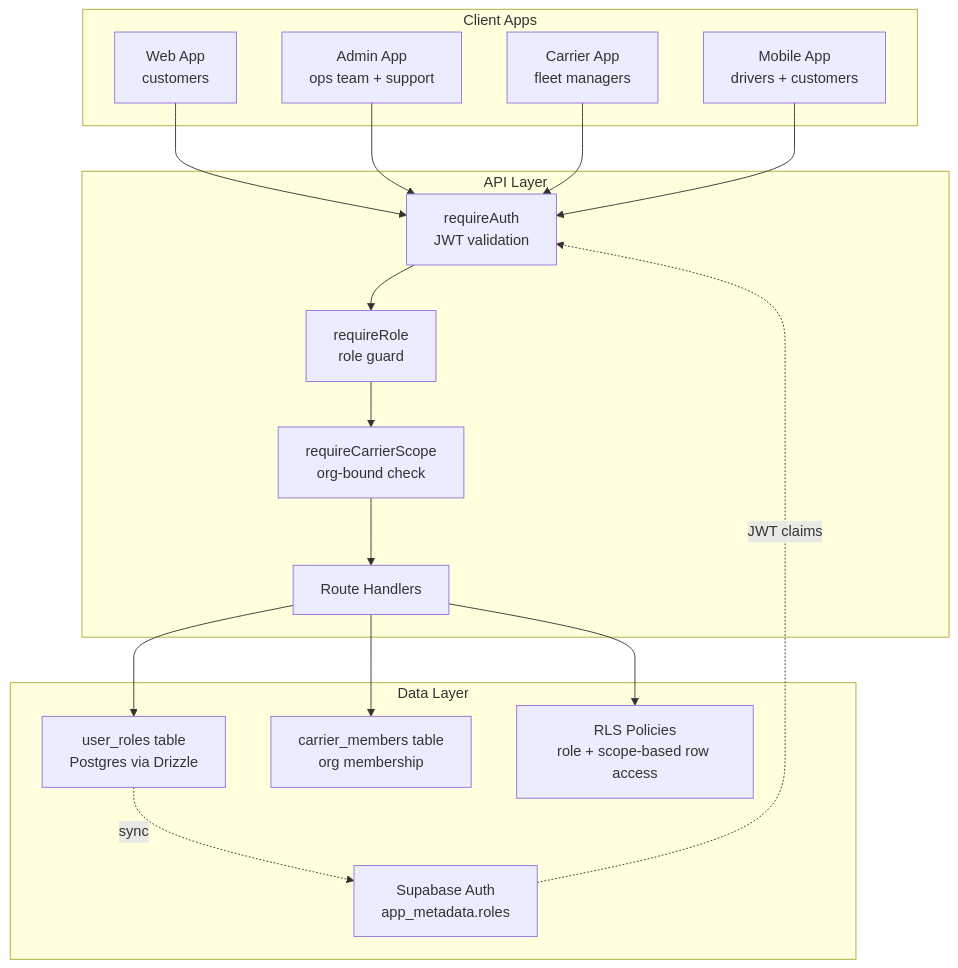
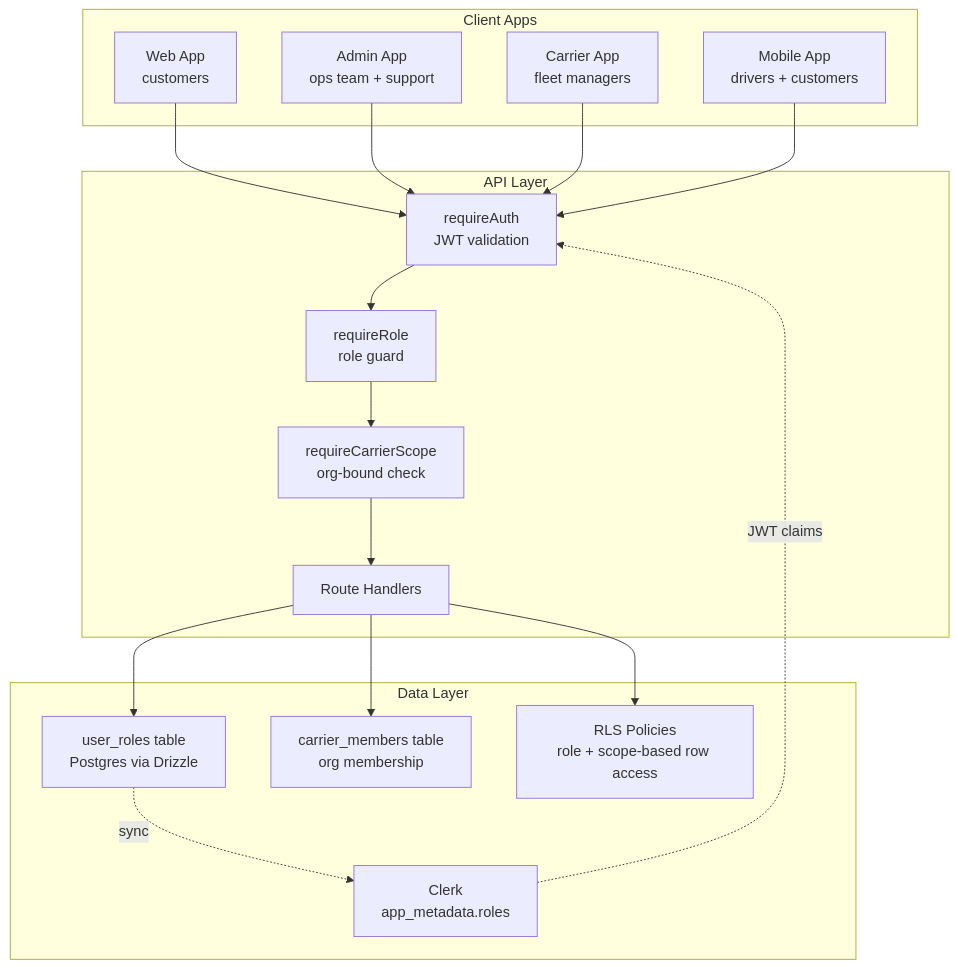
The first of 5 diagrams in .kiro/specs/rbac-system/design.md (eteng/surewaka), drawn with Mermaid before and after one commit. The commit also changed other lines of this file and 69 other files, not shown here.

````diff
--- a/.kiro/specs/rbac-system/design.md
+++ b/.kiro/specs/rbac-system/design.md
@@ -125,38 +125,38 @@
 ```mermaid
 graph TD
     subgraph "Client Apps"
         WEB[Web App<br/>customers]
         ADMIN[Admin App<br/>ops team + support]
         CARRIER[Carrier App<br/>fleet managers]
         MOBILE[Mobile App<br/>drivers + customers]
     end
 
     subgraph "API Layer"
         AUTH_MW[requireAuth<br/>JWT validation]
         ROLE_MW[requireRole<br/>role guard]
         SCOPE_MW[requireCarrierScope<br/>org-bound check]
         ROUTES[Route Handlers]
     end
 
     subgraph "Data Layer"
-        SUPA_AUTH[Supabase Auth<br/>app_metadata.roles]
+        SUPA_AUTH[Clerk<br/>app_metadata.roles]
         PG_ROLES[user_roles table<br/>Postgres via Drizzle]
         PG_MEMBERS[carrier_members table<br/>org membership]
         RLS[RLS Policies<br/>role + scope-based row access]
     end
 
     WEB --> AUTH_MW
     ADMIN --> AUTH_MW
     CARRIER --> AUTH_MW
     MOBILE --> AUTH_MW
 
     AUTH_MW --> ROLE_MW
     ROLE_MW --> SCOPE_MW
     SCOPE_MW --> ROUTES
     ROUTES --> PG_ROLES
     ROUTES --> PG_MEMBERS
     ROUTES --> RLS
 
     SUPA_AUTH -.->|JWT claims| AUTH_MW
     PG_ROLES -.->|sync| SUPA_AUTH
 ```
````
